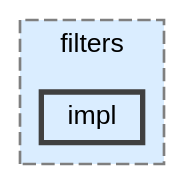
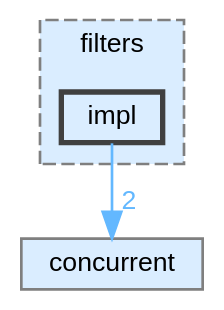
The diagram in dir_15407bf573b84458490d9ee2317432c1_dep.dot (nerdneilsfield/cpp-toolbox), drawn with Graphviz before and after one commit. The commit also changed 36 other files, not shown here.

```diff
--- a/dir_15407bf573b84458490d9ee2317432c1_dep.dot
+++ b/dir_15407bf573b84458490d9ee2317432c1_dep.dot
@@ -1,12 +1,14 @@
 digraph "src/include/cpp-toolbox/pcl/filters/impl"
 {
  // LATEX_PDF_SIZE
   bgcolor="transparent";
   edge [fontname=Helvetica,fontsize=10,labelfontname=Helvetica,labelfontsize=10];
   node [fontname=Helvetica,fontsize=10,shape=box,height=0.2,width=0.4];
   compound=true
   subgraph clusterdir_db6ed2df9ca48b48cffa25729378b8de {
     graph [ bgcolor="#daedff", pencolor="grey50", label="filters", fontname=Helvetica,fontsize=10 style="filled,dashed", URL="dir_db6ed2df9ca48b48cffa25729378b8de.html",tooltip=""]
   dir_15407bf573b84458490d9ee2317432c1 [label="impl", fillcolor="#daedff", color="grey25", style="filled,bold", URL="dir_15407bf573b84458490d9ee2317432c1.html",tooltip=""];
   }
+  dir_53097c1fb4416aacf03fa23589a54650 [label="concurrent", fillcolor="#daedff", color="grey50", style="filled", URL="dir_53097c1fb4416aacf03fa23589a54650.html",tooltip=""];
+  dir_15407bf573b84458490d9ee2317432c1->dir_53097c1fb4416aacf03fa23589a54650 [headlabel="2", labeldistance=1.5 headhref="dir_000014_000001.html" href="dir_000014_000001.html" color="steelblue1" fontcolor="steelblue1"];
 }
```
